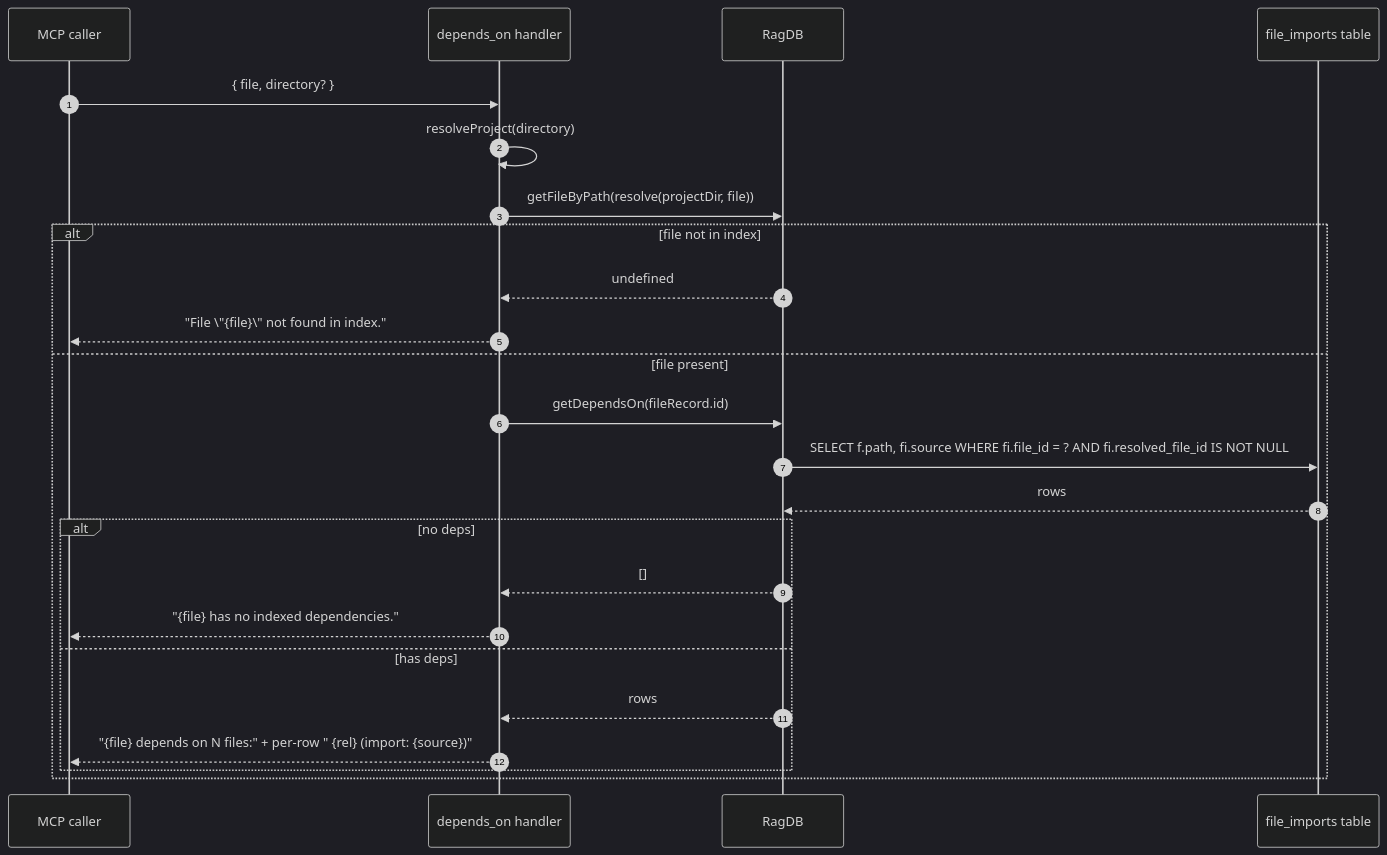
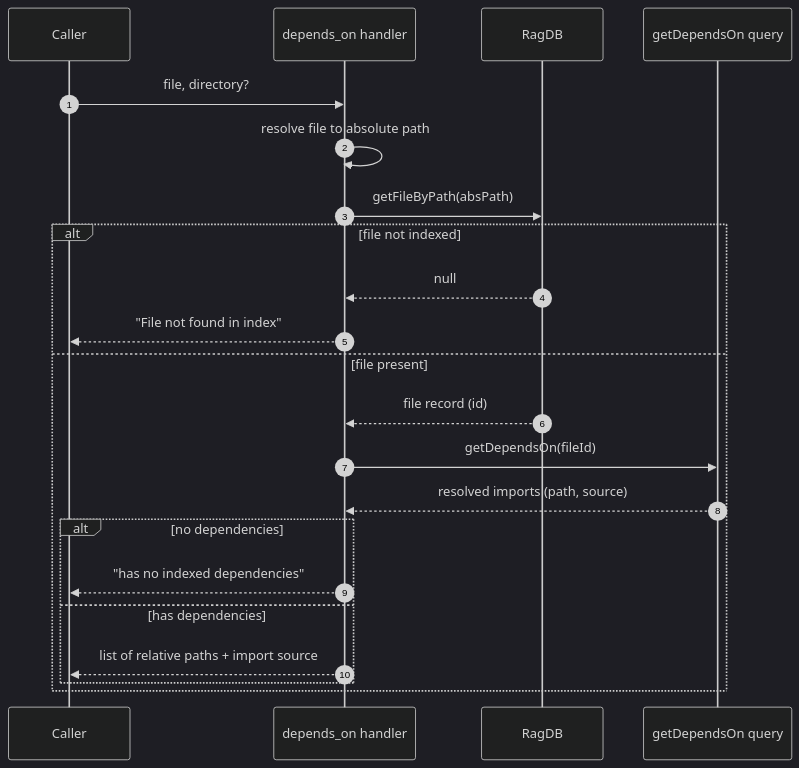
The diagram in wiki/tools/depends-on.md (TheWinci/mimirs), drawn with Mermaid (dark theme) before and after one commit. The commit also changed other lines of this file and 52 other files, not shown here.

````diff
--- a/wiki/tools/depends-on.md
+++ b/wiki/tools/depends-on.md
@@ -14,26 +9,25 @@
 ```mermaid
 sequenceDiagram
     autonumber
-    participant Caller as MCP caller
+    participant Caller
     participant Handler as depends_on handler
     participant DB as RagDB
-    participant Imports as file_imports table
-    Caller->>Handler: { file, directory? }
-    Handler->>Handler: resolveProject(directory)
-    Handler->>DB: getFileByPath(resolve(projectDir, file))
-    alt file not in index
-        DB-->>Handler: undefined
-        Handler-->>Caller: "File \"{file}\" not found in index."
+    participant Graph as getDependsOn query
+
+    Caller->>Handler: file, directory?
+    Handler->>Handler: resolve file to absolute path
+    Handler->>DB: getFileByPath(absPath)
+    alt file not indexed
+        DB-->>Handler: null
+        Handler-->>Caller: "File not found in index"
     else file present
-        Handler->>DB: getDependsOn(fileRecord.id)
-        DB->>Imports: SELECT f.path, fi.source WHERE fi.file_id = ? AND fi.resolved_file_id IS NOT NULL
-        Imports-->>DB: rows
-        alt no deps
-            DB-->>Handler: []
-            Handler-->>Caller: "{file} has no indexed dependencies."
-        else has deps
-            DB-->>Handler: rows
-            Handler-->>Caller: "{file} depends on N files:" + per-row "  {rel}  (import: {source})"
+        DB-->>Handler: file record (id)
+        Handler->>Graph: getDependsOn(fileId)
+        Graph-->>Handler: resolved imports (path, source)
+        alt no dependencies
+            Handler-->>Caller: "has no indexed dependencies"
+        else has dependencies
+            Handler-->>Caller: list of relative paths + import source
         end
     end
 ```
````
